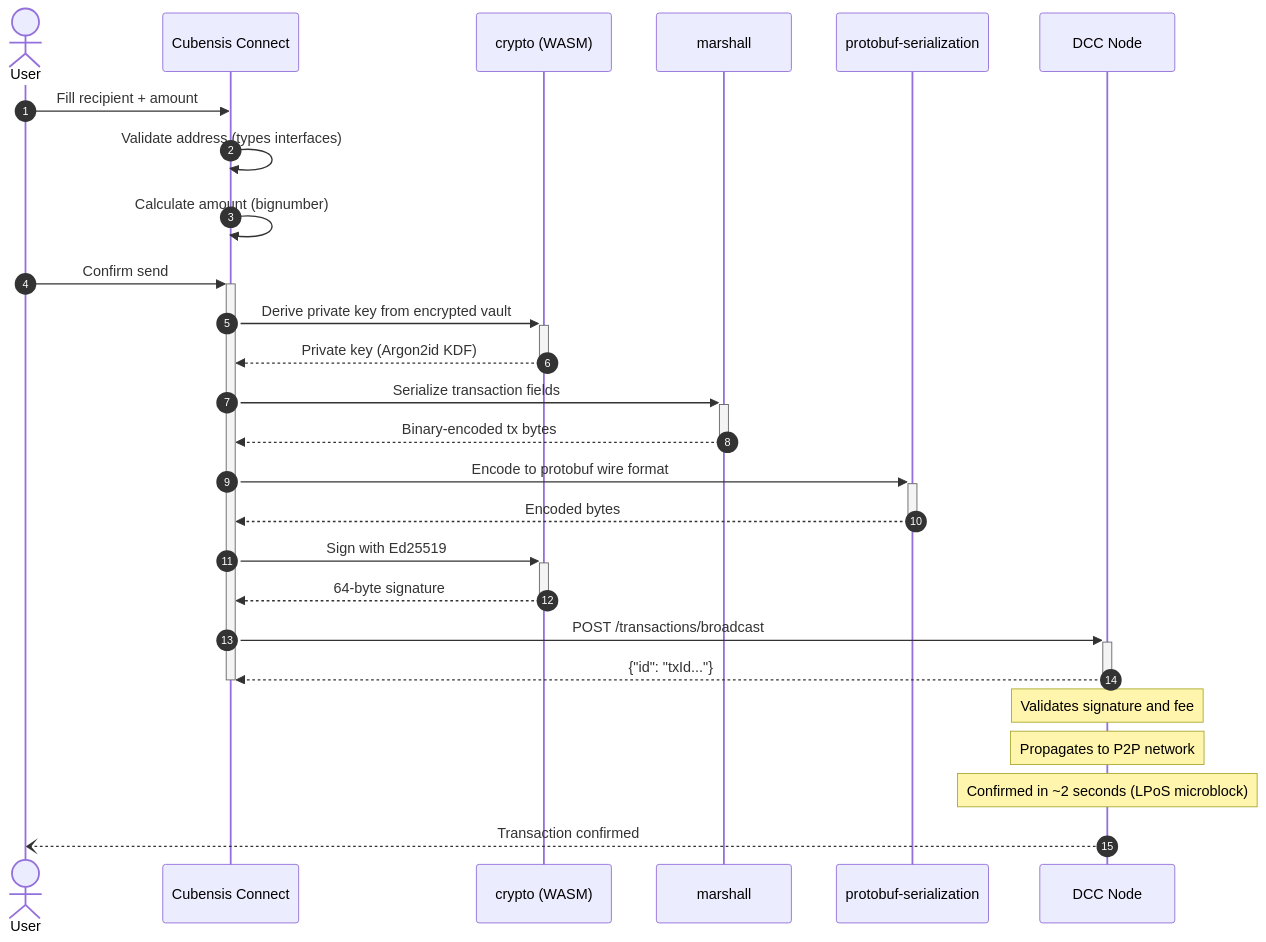
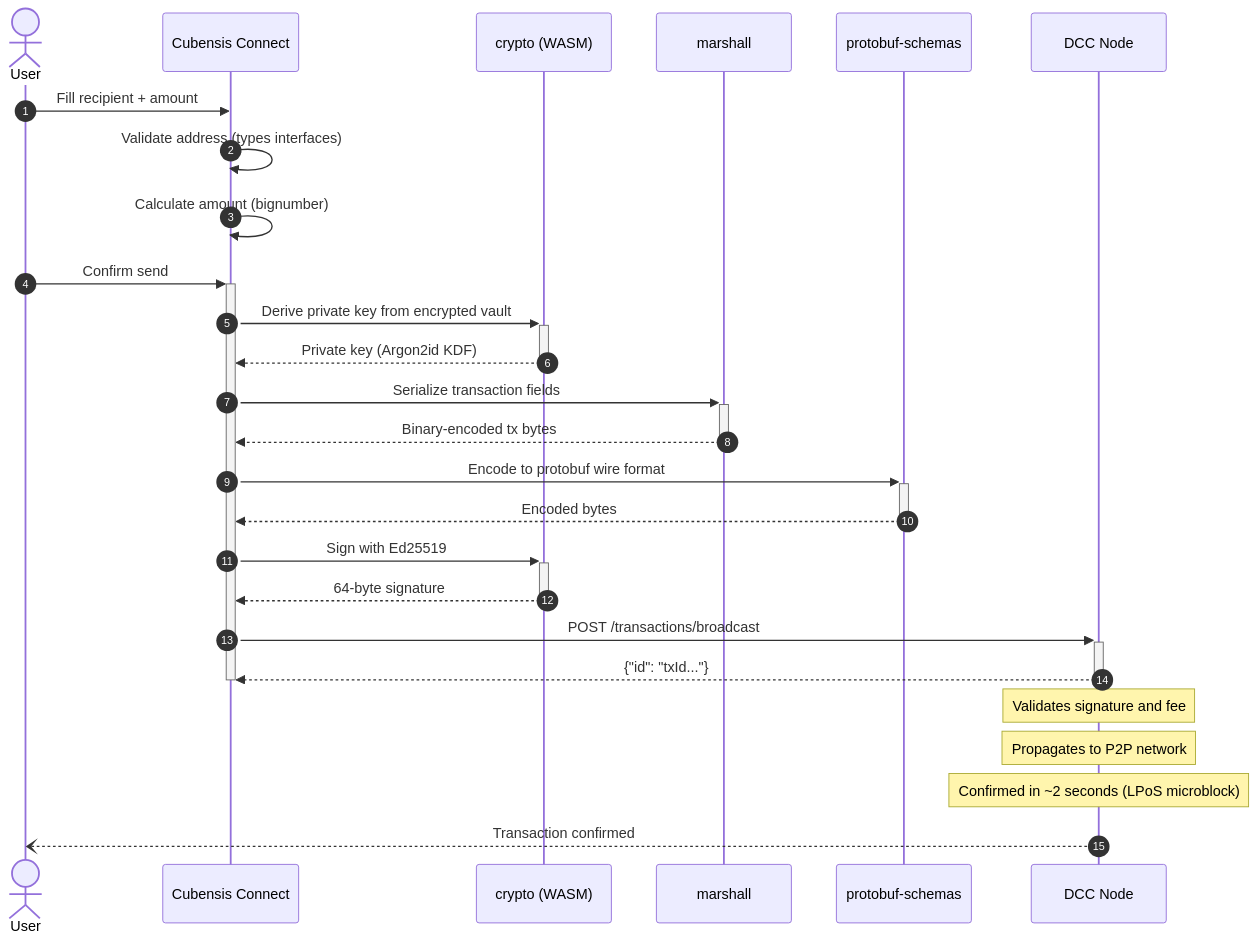
The fifth of 9 diagrams in docs/ECOSYSTEM.md (Decentral-America/DecentralChain), drawn with Mermaid before and after one commit. The commit also changed other lines of this file and 115 other files, not shown here.

First line of the commit message:
refactor: rename protobuf-serialization → protobuf-schemas everywhere

````diff
--- a/docs/ECOSYSTEM.md
+++ b/docs/ECOSYSTEM.md
@@ -434,39 +434,39 @@
 ```mermaid
 sequenceDiagram
     autonumber
     actor User
     participant CC as Cubensis Connect
     participant CRYPTO as crypto (WASM)
     participant MARSHALL as marshall
-    participant PROTOBUF as protobuf-serialization
+    participant PROTOBUF as protobuf-schemas
     participant NODE as DCC Node
 
     User->>CC: Fill recipient + amount
     CC->>CC: Validate address (types interfaces)
     CC->>CC: Calculate amount (bignumber)
 
     User->>+CC: Confirm send
 
     CC->>+CRYPTO: Derive private key from encrypted vault
     CRYPTO-->>-CC: Private key (Argon2id KDF)
 
     CC->>+MARSHALL: Serialize transaction fields
     MARSHALL-->>-CC: Binary-encoded tx bytes
 
     CC->>+PROTOBUF: Encode to protobuf wire format
     PROTOBUF-->>-CC: Encoded bytes
 
     CC->>+CRYPTO: Sign with Ed25519
     CRYPTO-->>-CC: 64-byte signature
 
     CC->>+NODE: POST /transactions/broadcast
     NODE-->>-CC: {"id": "txId..."}
 
     deactivate CC
 
     Note over NODE: Validates signature and fee
     Note over NODE: Propagates to P2P network
     Note over NODE: Confirmed in ~2 seconds (LPoS microblock)
 
     NODE--)User: Transaction confirmed
 ```
````
